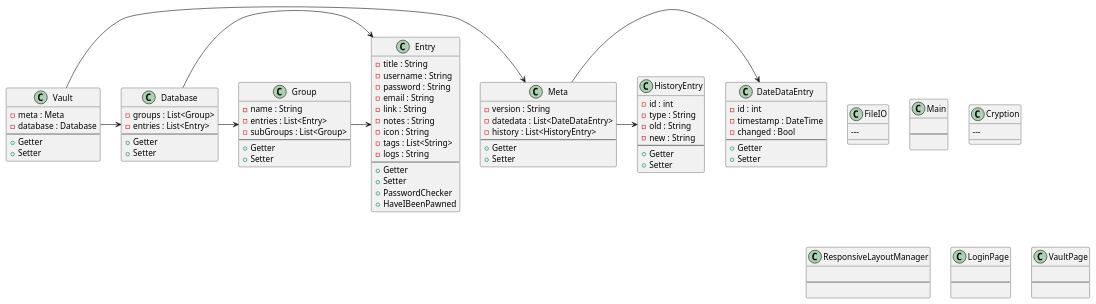
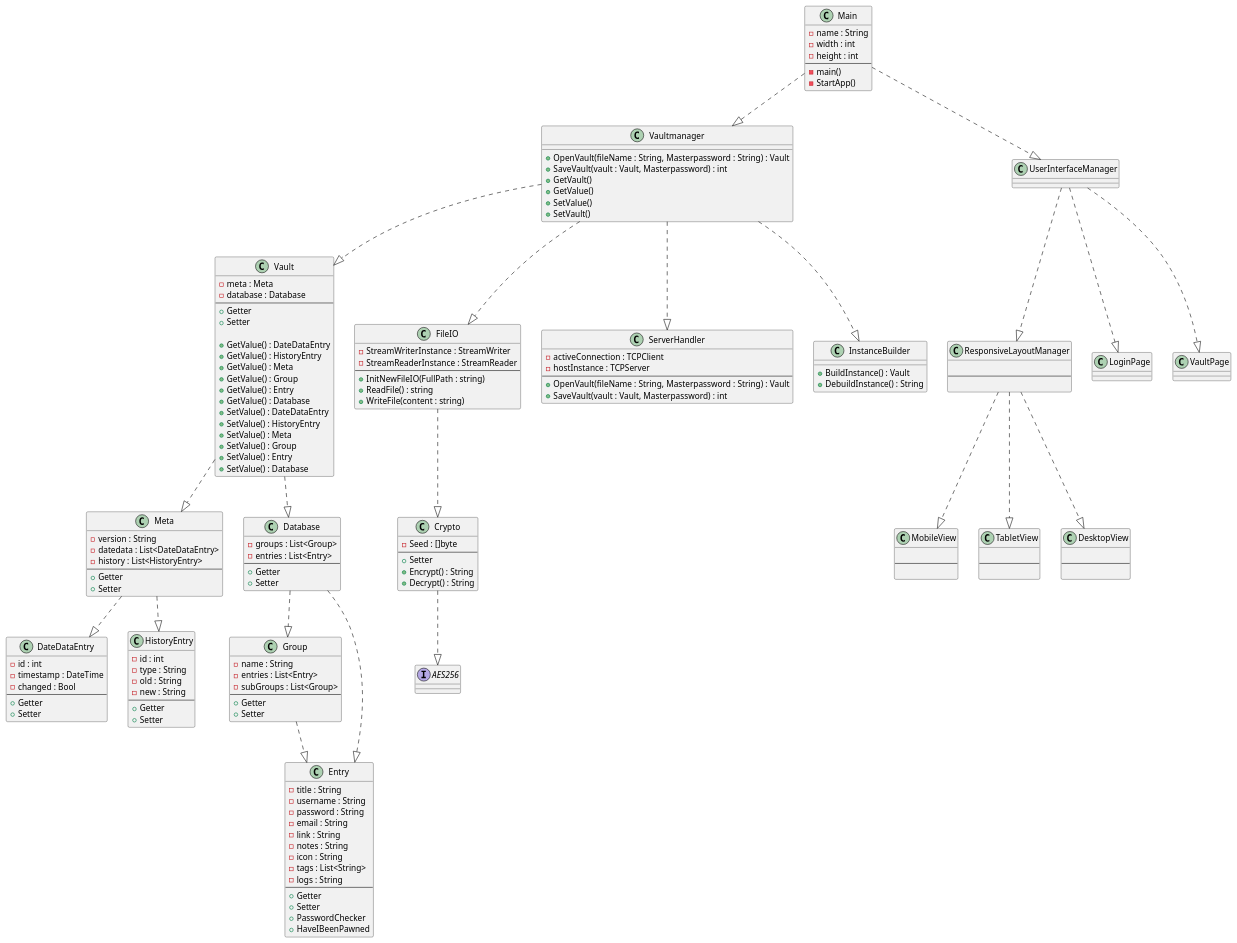
Before and after one commit to rogue4u/SWEP-Passwordmanager: the diagram in docs/ClassDiagram.plantuml, drawn with PlantUML.

```diff
--- a/docs/ClassDiagram.plantuml
+++ b/docs/ClassDiagram.plantuml
@@ -3,118 +3,186 @@
 @startuml ClassDiagram
 
-Vault -> Meta
-Vault -> Database
+Main ..|> Vaultmanager
+Main ..|> UserInterfaceManager
+class Main {
+    - name : String
+    - width : int
+    - height : int
+    ---
+    - main()
+    - StartApp()
+}
+
+Vault ..|> Meta
+Vault ..|> Database
 class Vault {
     - meta : Meta
     - database : Database
     ---
     + Getter
     + Setter
+
+    + GetValue() : DateDataEntry
+    + GetValue() : HistoryEntry
+    + GetValue() : Meta
+    + GetValue() : Group
+    + GetValue() : Entry
+    + GetValue() : Database
+    + SetValue() : DateDataEntry
+    + SetValue() : HistoryEntry
+    + SetValue() : Meta
+    + SetValue() : Group
+    + SetValue() : Entry
+    + SetValue() : Database
 }
 
-Meta -> DateDataEntry
-Meta -> HistoryEntry
+Meta ..|> DateDataEntry
+Meta ..|> HistoryEntry
 class Meta {
     - version : String
     - datedata : List<DateDataEntry>
     - history : List<HistoryEntry>
     ---
     + Getter
     + Setter
 }
 
 class DateDataEntry {
     - id : int
     - timestamp : DateTime
     - changed : Bool
     ---
     + Getter
     + Setter
 }
 
 class HistoryEntry {
     - id : int
     - type : String
     - old : String
     - new : String
     ---
     + Getter
     + Setter
 }
 
-Database -> Group
-Database -> Entry
+Database ..|> Group
+Database ..|> Entry
 class Database {
     - groups : List<Group>
     - entries : List<Entry>
     ---
     + Getter
     + Setter
 }
 
-Group -> Entry
+Group ..|> Entry
 class Group {
     - name : String
     - entries : List<Entry>
     - subGroups : List<Group>
     ---
     + Getter
     + Setter
 }
 
 class Entry {
     - title : String
     - username : String
     - password : String
     - email : String
     - link : String
     - notes : String
     - icon : String
     - tags : List<String>
     - logs : String
     ---
     + Getter
     + Setter
     + PasswordChecker
     + HaveIBeenPawned
 }
 
+Vaultmanager ..|> FileIO
+Vaultmanager ..|> Vault
+Vaultmanager ..|> ServerHandler
+Vaultmanager ..|> InstanceBuilder
+class Vaultmanager {
+    + OpenVault(fileName : String, Masterpassword : String) : Vault
+    + SaveVault(vault : Vault, Masterpassword) : int
+    + GetVault()
+    + GetValue()
+    + SetValue()
+    + SetVault()
+}
+FileIO ..|> Crypto
 class FileIO {
+    - StreamWriterInstance : StreamWriter
+    - StreamReaderInstance : StreamReader
+    ---
+    + InitNewFileIO(FullPath : string)
+    + ReadFile() : string
+    + WriteFile(content : string)
+}
 
+class ServerHandler {
+    - activeConnection : TCPClient
+    - hostInstance : TCPServer
+    ---
+    + OpenVault(fileName : String, Masterpassword : String) : Vault
+    + SaveVault(vault : Vault, Masterpassword) : int
+}
+
+class InstanceBuilder {
+    + BuildInstance() : Vault
+    + DebuildInstance() : String
+}
+
+Crypto ..|> AES256
+class Crypto {
+    - Seed : []byte
+    ---
+    + Setter
+    + Encrypt() : String
+    + Decrypt() : String
+}
+
+interface AES256 {}
+
+UserInterfaceManager ..|> ResponsiveLayoutManager
+UserInterfaceManager ..|> LoginPage
+UserInterfaceManager ..|> VaultPage
+class UserInterfaceManager {
+
+}
+class LoginPage  {
+
+}
+class VaultPage {
+
+}
+ResponsiveLayoutManager ..|> MobileView
+ResponsiveLayoutManager ..|> TabletView
+ResponsiveLayoutManager ..|> DesktopView
+class ResponsiveLayoutManager {
+    
     ---
 
 }
+class MobileView {
+    
+    ---
 
-class Main {
+}
+class TabletView {
+    
+    ---
+
+}
+class DesktopView {
     
     ---
 
 }
 
-class Cryption {
-
-    ---
-
-}
-
-class ResponsiveLayoutManager {
-    
-    ---
-
-}
-
-class LoginPage  {
-    
-    ---
-
-}
-
-class VaultPage {
-    
-    ---
-
-}
-
-
-
 @enduml
```
